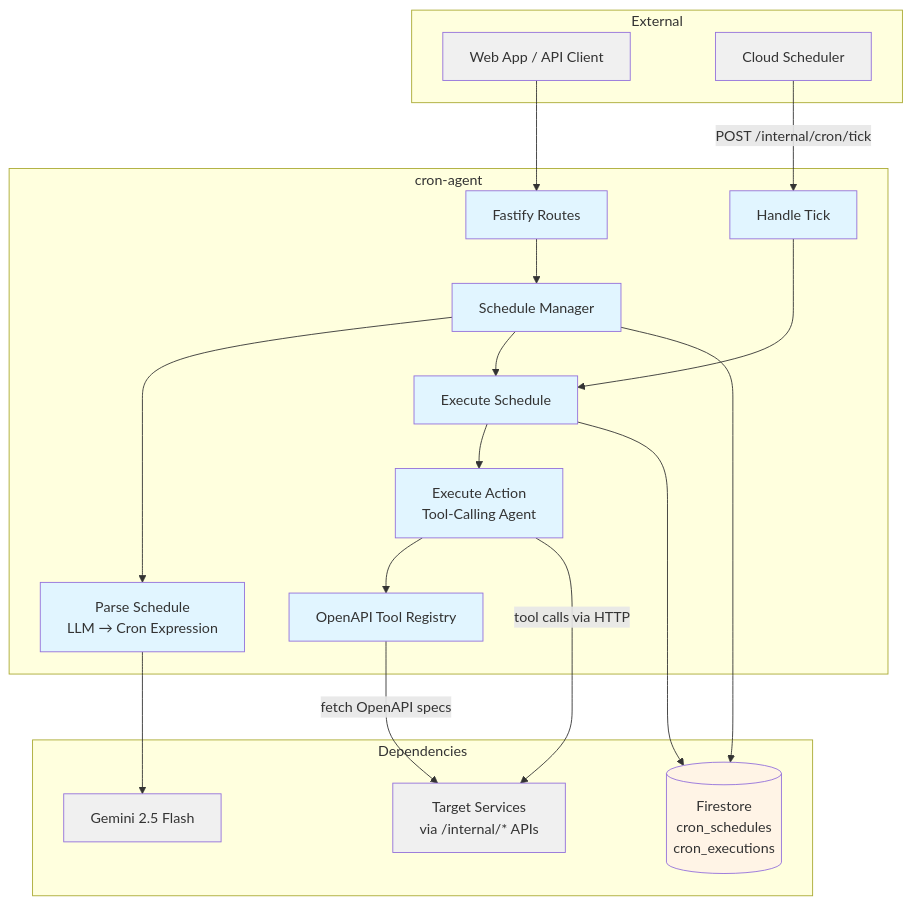
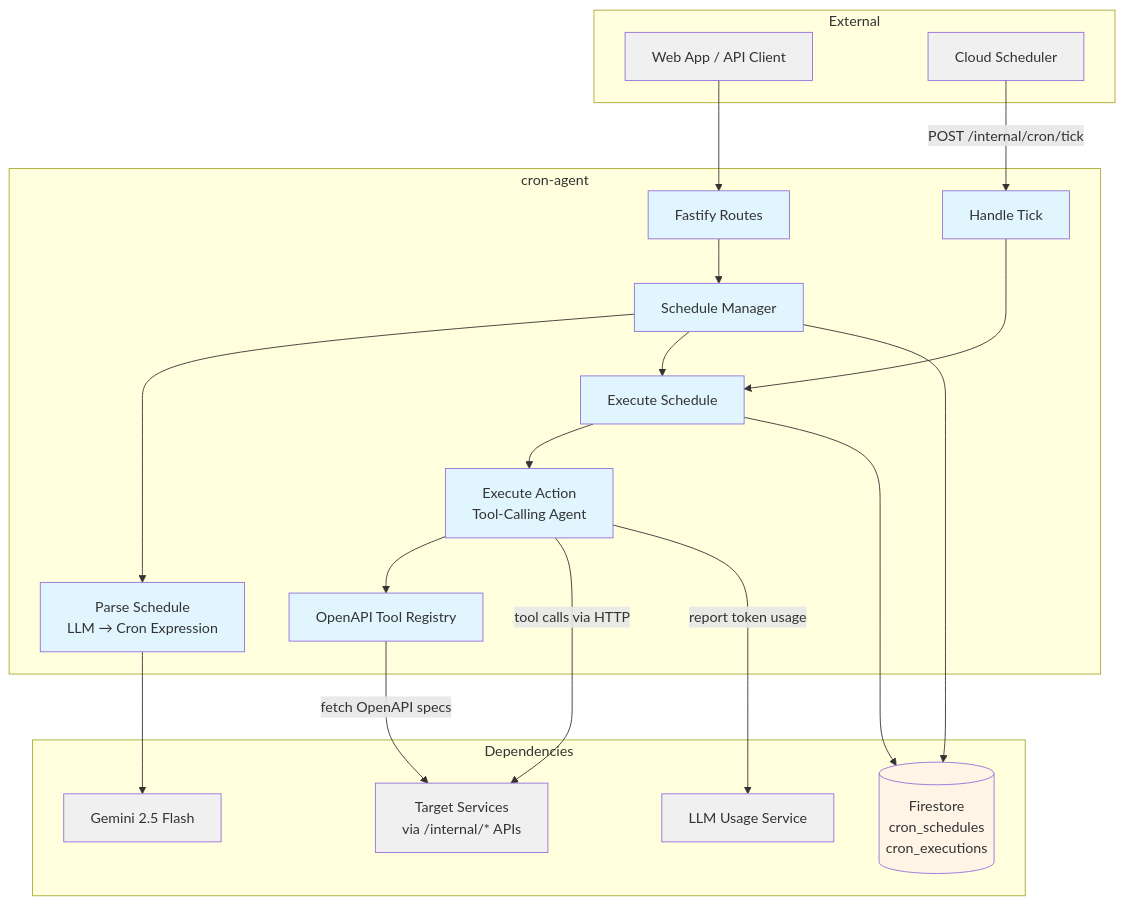
The first of 2 diagrams in docs/services/cron-agent/technical.md (pbuchman/intexuraos), drawn with Mermaid before and after one commit. The commit also changed other lines of this file and 132 other files, not shown here.

````diff
--- a/docs/services/cron-agent/technical.md
+++ b/docs/services/cron-agent/technical.md
@@ -9,45 +9,47 @@
 ```mermaid
 graph TB
     subgraph "External"
         Client[Web App / API Client]
         Scheduler[Cloud Scheduler]
     end
 
     subgraph "cron-agent"
         API[Fastify Routes]
         Parse[Parse Schedule<br>LLM → Cron Expression]
         Manage[Schedule Manager]
         Tick[Handle Tick]
         Execute[Execute Schedule]
         Action[Execute Action<br>Tool-Calling Agent]
         Registry[OpenAPI Tool Registry]
     end
 
     subgraph "Dependencies"
         Firestore[(Firestore<br>cron_schedules<br>cron_executions)]
         Gemini[Gemini 2.5 Flash]
         TargetSvcs[Target Services<br>via /internal/* APIs]
+        UsageSvc[LLM Usage Service]
     end
 
     Client --> API
     Scheduler -->|POST /internal/cron/tick| Tick
     API --> Manage
     Manage --> Parse
     Parse --> Gemini
     Manage --> Execute
     Tick --> Execute
     Execute --> Action
     Action --> Registry
     Registry -->|fetch OpenAPI specs| TargetSvcs
     Action -->|tool calls via HTTP| TargetSvcs
+    Action -->|report token usage| UsageSvc
     Manage --> Firestore
     Execute --> Firestore
 
     classDef service fill:#e1f5ff
     classDef storage fill:#fff4e6
     classDef external fill:#f0f0f0
 
     class API,Parse,Manage,Tick,Execute,Action,Registry service
     class Firestore storage
-    class Client,Scheduler,Gemini,TargetSvcs external
+    class Client,Scheduler,Gemini,TargetSvcs,UsageSvc external
 ```
````
